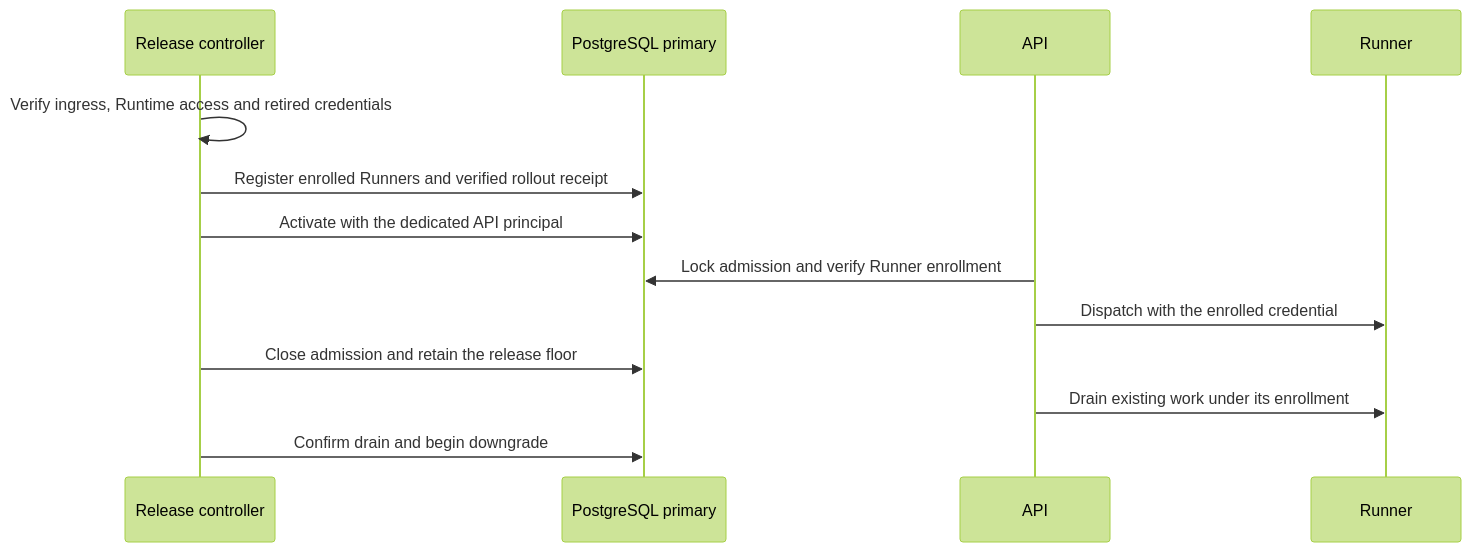
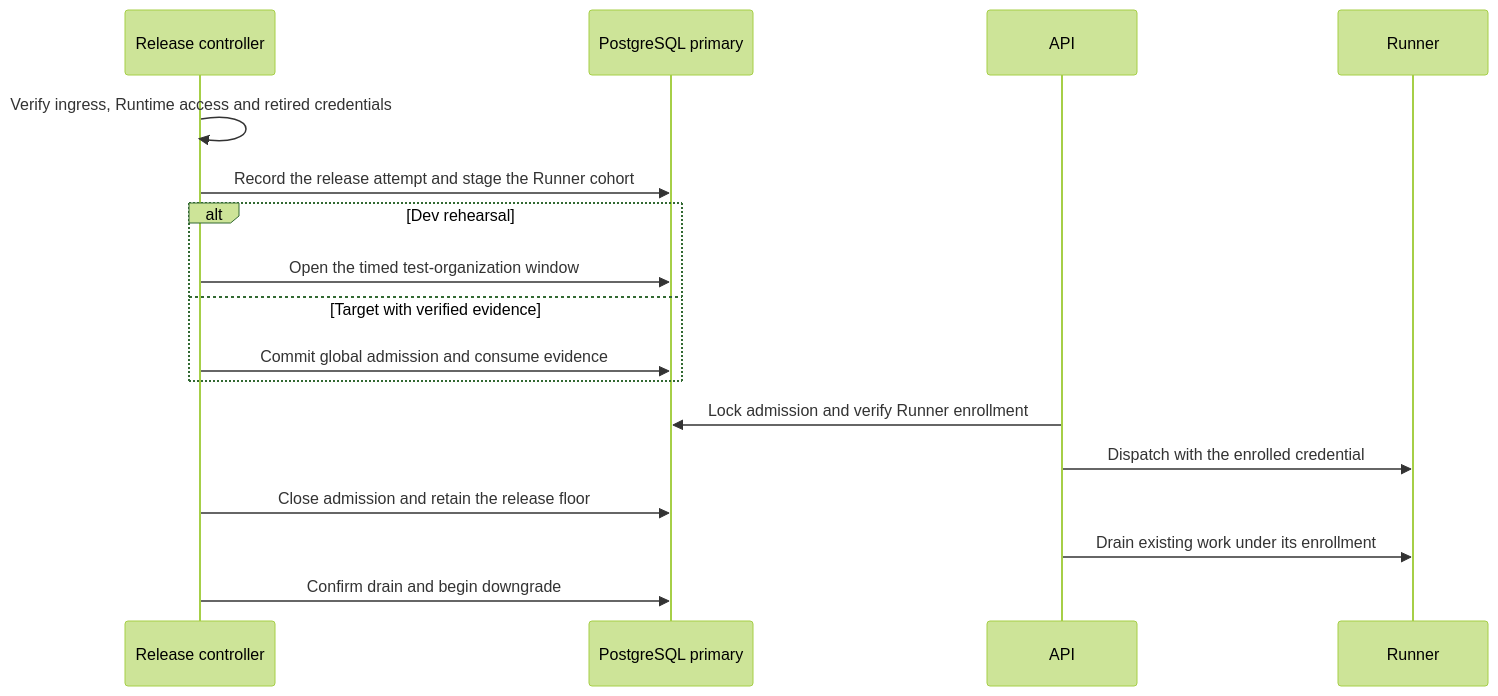
Diagram 13 of 16 in docs/contributing/architecture/outbound-contract.md (boxlite-ai/boxlite), drawn with Mermaid (forest theme) before and after one commit. The commit also changed other lines of this file and 48 other files, not shown here.

````diff
--- a/docs/contributing/architecture/outbound-contract.md
+++ b/docs/contributing/architecture/outbound-contract.md
@@ -1020,15 +1020,19 @@
 ```mermaid
 sequenceDiagram
     participant O as Release controller
     participant P as PostgreSQL primary
     participant A as API
     participant R as Runner
     O->>O: Verify ingress, Runtime access and retired credentials
-    O->>P: Register enrolled Runners and verified rollout receipt
-    O->>P: Activate with the dedicated API principal
+    O->>P: Record the release attempt and stage the Runner cohort
+    alt Dev rehearsal
+        O->>P: Open the timed test-organization window
+    else Target with verified evidence
+        O->>P: Commit global admission and consume evidence
+    end
     A->>P: Lock admission and verify Runner enrollment
     A->>R: Dispatch with the enrolled credential
     O->>P: Close admission and retain the release floor
     A->>R: Drain existing work under its enrollment
     O->>P: Confirm drain and begin downgrade
 ```
````
